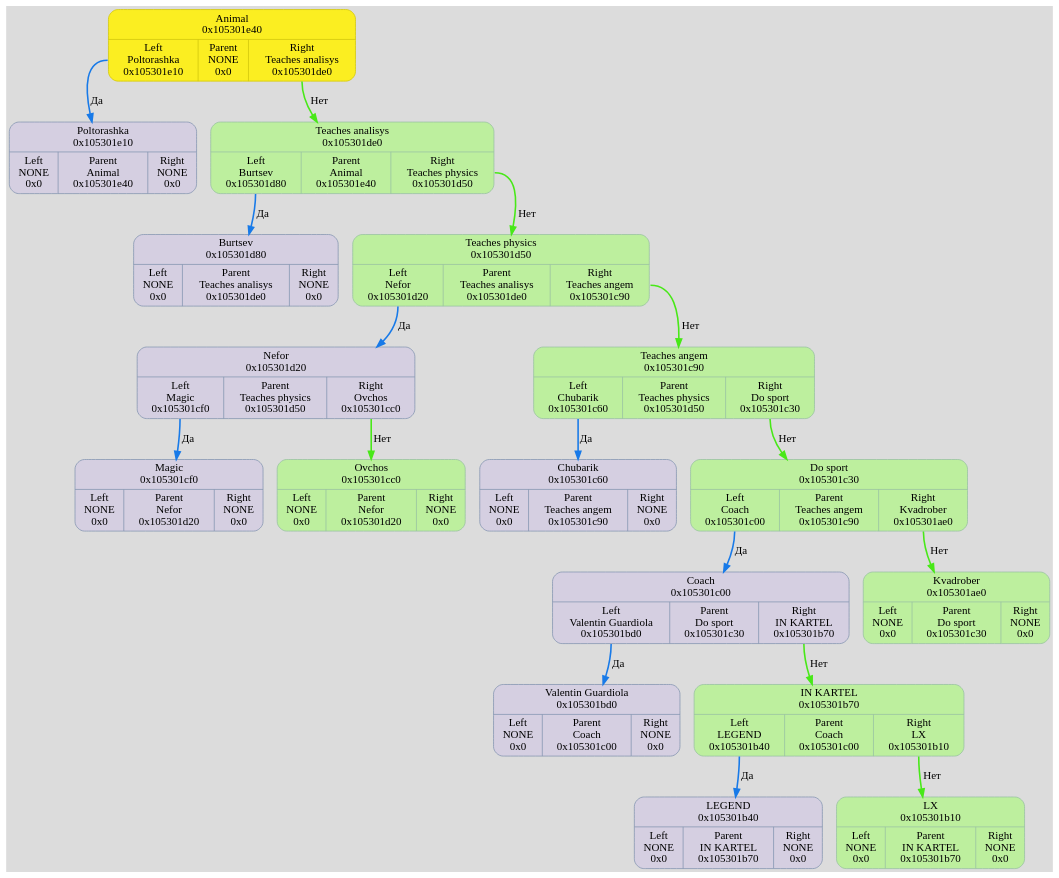
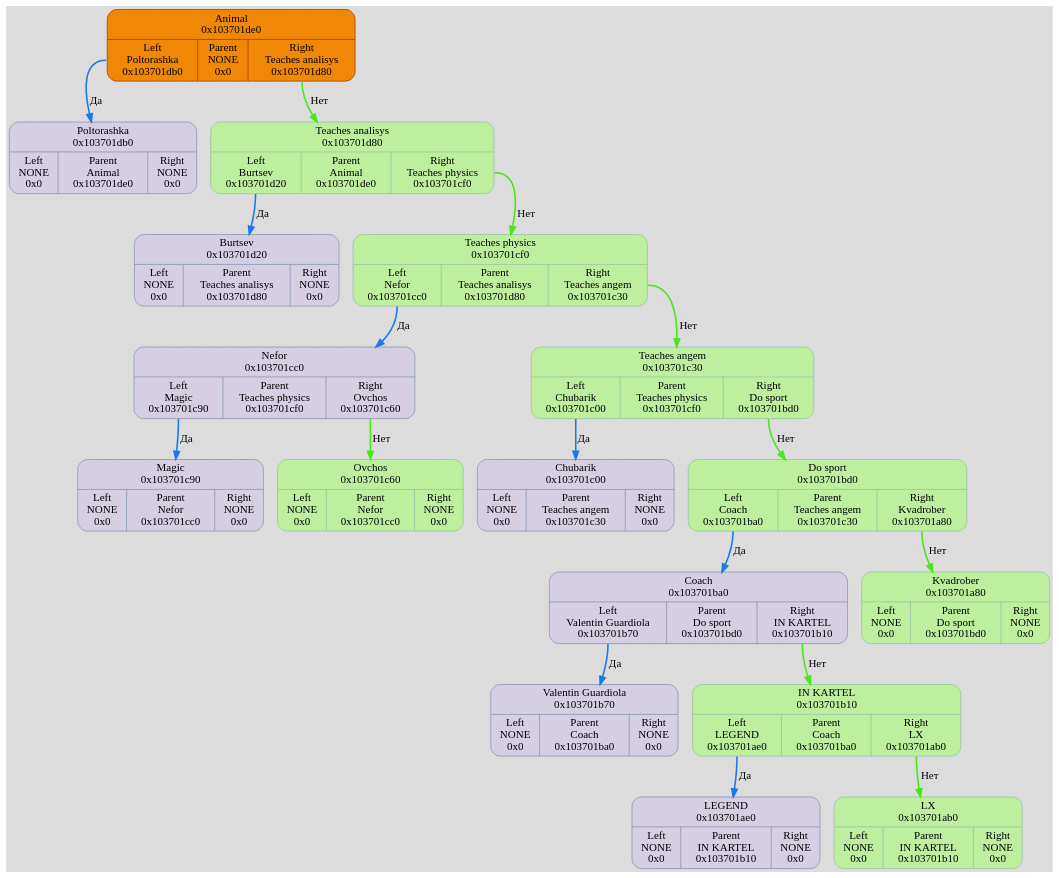
One commit to TolikRogov/Akinator changed the diagram in dump/graph.dot. Above: the diagram before and after it, drawn with Graphviz. The commit also changed 31 other files, not shown here.

```diff
--- a/dump/graph.dot
+++ b/dump/graph.dot
@@ -2,45 +2,62 @@
 	fontname = "UbuntuMono";
 	bgcolor = "#DCDCDC";
 
-	node0x105301e40 [ shape = Mrecord; style = filled; fillcolor = "#FBEE21"; color = "#D3C70D"; fontcolor = "#000000";label = " { Animal\n0x105301e40 | { <left> Left\nPoltorashka\n0x105301e10 | Parent\nNONE\n0x0 | <right> Right\nTeaches analisys\n0x105301de0 } } ";  ];
-	node0x105301e40:<left> -> node0x105301e10 [ style = "bold"; color = "#187AE8"; label = "Да"; ];
-	node0x105301e10 [ shape = Mrecord; style = filled; fillcolor = "#D5CFE1"; color = "#8797b2"; fontcolor = "#000000";label = " { Poltorashka\n0x105301e10 | { <left> Left\nNONE\n0x0 | Parent\nAnimal\n0x105301e40 | <right> Right\nNONE\n0x0 } } ";  ];
-	node0x105301de0 [ shape = Mrecord; style = filled; fillcolor = "#D5CFE1"; color = "#8797b2"; fontcolor = "#000000";label = " { Teaches analisys\n0x105301de0 | { <left> Left\nBurtsev\n0x105301d80 | Parent\nAnimal\n0x105301e40 | <right> Right\nTeaches physics\n0x105301d50 } } ";  ];
-	node0x105301de0:<left> -> node0x105301d80 [ style = "bold"; color = "#187AE8"; label = "Да"; ];
-	node0x105301d80 [ shape = Mrecord; style = filled; fillcolor = "#D5CFE1"; color = "#8797b2"; fontcolor = "#000000";label = " { Burtsev\n0x105301d80 | { <left> Left\nNONE\n0x0 | Parent\nTeaches analisys\n0x105301de0 | <right> Right\nNONE\n0x0 } } ";  ];
-	node0x105301d50 [ shape = Mrecord; style = filled; fillcolor = "#D5CFE1"; color = "#8797b2"; fontcolor = "#000000";label = " { Teaches physics\n0x105301d50 | { <left> Left\nNefor\n0x105301d20 | Parent\nTeaches analisys\n0x105301de0 | <right> Right\nTeaches angem\n0x105301c90 } } ";  ];
-	node0x105301d50:<left> -> node0x105301d20 [ style = "bold"; color = "#187AE8"; label = "Да"; ];
-	node0x105301d20 [ shape = Mrecord; style = filled; fillcolor = "#D5CFE1"; color = "#8797b2"; fontcolor = "#000000";label = " { Nefor\n0x105301d20 | { <left> Left\nMagic\n0x105301cf0 | Parent\nTeaches physics\n0x105301d50 | <right> Right\nOvchos\n0x105301cc0 } } ";  ];
-	node0x105301d20:<left> -> node0x105301cf0 [ style = "bold"; color = "#187AE8"; label = "Да"; ];
-	node0x105301cf0 [ shape = Mrecord; style = filled; fillcolor = "#D5CFE1"; color = "#8797b2"; fontcolor = "#000000";label = " { Magic\n0x105301cf0 | { <left> Left\nNONE\n0x0 | Parent\nNefor\n0x105301d20 | <right> Right\nNONE\n0x0 } } ";  ];
-	node0x105301cc0 [ shape = Mrecord; style = filled; fillcolor = "#D5CFE1"; color = "#8797b2"; fontcolor = "#000000";label = " { Ovchos\n0x105301cc0 | { <left> Left\nNONE\n0x0 | Parent\nNefor\n0x105301d20 | <right> Right\nNONE\n0x0 } } ";  ];
-	node0x105301d20:<right> -> node0x105301cc0 [ style = "bold"; color = "#48E818"; label = "Нет"; ];
-	node0x105301cc0 [ fillcolor = "#BDEF9E"; color = "#99c2a2"; fontcolor = "#000000"; ];
-	node0x105301c90 [ shape = Mrecord; style = filled; fillcolor = "#D5CFE1"; color = "#8797b2"; fontcolor = "#000000";label = " { Teaches angem\n0x105301c90 | { <left> Left\nChubarik\n0x105301c60 | Parent\nTeaches physics\n0x105301d50 | <right> Right\nDo sport\n0x105301c30 } } ";  ];
-	node0x105301c90:<left> -> node0x105301c60 [ style = "bold"; color = "#187AE8"; label = "Да"; ];
-	node0x105301c60 [ shape = Mrecord; style = filled; fillcolor = "#D5CFE1"; color = "#8797b2"; fontcolor = "#000000";label = " { Chubarik\n0x105301c60 | { <left> Left\nNONE\n0x0 | Parent\nTeaches angem\n0x105301c90 | <right> Right\nNONE\n0x0 } } ";  ];
-	node0x105301c30 [ shape = Mrecord; style = filled; fillcolor = "#D5CFE1"; color = "#8797b2"; fontcolor = "#000000";label = " { Do sport\n0x105301c30 | { <left> Left\nCoach\n0x105301c00 | Parent\nTeaches angem\n0x105301c90 | <right> Right\nKvadrober\n0x105301ae0 } } ";  ];
-	node0x105301c30:<left> -> node0x105301c00 [ style = "bold"; color = "#187AE8"; label = "Да"; ];
-	node0x105301c00 [ shape = Mrecord; style = filled; fillcolor = "#D5CFE1"; color = "#8797b2"; fontcolor = "#000000";label = " { Coach\n0x105301c00 | { <left> Left\nValentin Guardiola\n0x105301bd0 | Parent\nDo sport\n0x105301c30 | <right> Right\nIN KARTEL\n0x105301b70 } } ";  ];
-	node0x105301c00:<left> -> node0x105301bd0 [ style = "bold"; color = "#187AE8"; label = "Да"; ];
-	node0x105301bd0 [ shape = Mrecord; style = filled; fillcolor = "#D5CFE1"; color = "#8797b2"; fontcolor = "#000000";label = " { Valentin Guardiola\n0x105301bd0 | { <left> Left\nNONE\n0x0 | Parent\nCoach\n0x105301c00 | <right> Right\nNONE\n0x0 } } ";  ];
-	node0x105301b70 [ shape = Mrecord; style = filled; fillcolor = "#D5CFE1"; color = "#8797b2"; fontcolor = "#000000";label = " { IN KARTEL\n0x105301b70 | { <left> Left\nLEGEND\n0x105301b40 | Parent\nCoach\n0x105301c00 | <right> Right\nLX\n0x105301b10 } } ";  ];
-	node0x105301b70:<left> -> node0x105301b40 [ style = "bold"; color = "#187AE8"; label = "Да"; ];
-	node0x105301b40 [ shape = Mrecord; style = filled; fillcolor = "#D5CFE1"; color = "#8797b2"; fontcolor = "#000000";label = " { LEGEND\n0x105301b40 | { <left> Left\nNONE\n0x0 | Parent\nIN KARTEL\n0x105301b70 | <right> Right\nNONE\n0x0 } } ";  ];
-	node0x105301b10 [ shape = Mrecord; style = filled; fillcolor = "#D5CFE1"; color = "#8797b2"; fontcolor = "#000000";label = " { LX\n0x105301b10 | { <left> Left\nNONE\n0x0 | Parent\nIN KARTEL\n0x105301b70 | <right> Right\nNONE\n0x0 } } ";  ];
-	node0x105301b70:<right> -> node0x105301b10 [ style = "bold"; color = "#48E818"; label = "Нет"; ];
-	node0x105301b10 [ fillcolor = "#BDEF9E"; color = "#99c2a2"; fontcolor = "#000000"; ];
-	node0x105301c00:<right> -> node0x105301b70 [ style = "bold"; color = "#48E818"; label = "Нет"; ];
-	node0x105301b70 [ fillcolor = "#BDEF9E"; color = "#99c2a2"; fontcolor = "#000000"; ];
-	node0x105301ae0 [ shape = Mrecord; style = filled; fillcolor = "#D5CFE1"; color = "#8797b2"; fontcolor = "#000000";label = " { Kvadrober\n0x105301ae0 | { <left> Left\nNONE\n0x0 | Parent\nDo sport\n0x105301c30 | <right> Right\nNONE\n0x0 } } ";  ];
-	node0x105301c30:<right> -> node0x105301ae0 [ style = "bold"; color = "#48E818"; label = "Нет"; ];
-	node0x105301ae0 [ fillcolor = "#BDEF9E"; color = "#99c2a2"; fontcolor = "#000000"; ];
-	node0x105301c90:<right> -> node0x105301c30 [ style = "bold"; color = "#48E818"; label = "Нет"; ];
-	node0x105301c30 [ fillcolor = "#BDEF9E"; color = "#99c2a2"; fontcolor = "#000000"; ];
-	node0x105301d50:<right> -> node0x105301c90 [ style = "bold"; color = "#48E818"; label = "Нет"; ];
-	node0x105301c90 [ fillcolor = "#BDEF9E"; color = "#99c2a2"; fontcolor = "#000000"; ];
-	node0x105301de0:<right> -> node0x105301d50 [ style = "bold"; color = "#48E818"; label = "Нет"; ];
-	node0x105301d50 [ fillcolor = "#BDEF9E"; color = "#99c2a2"; fontcolor = "#000000"; ];
-	node0x105301e40:<right> -> node0x105301de0 [ style = "bold"; color = "#48E818"; label = "Нет"; ];
-	node0x105301de0 [ fillcolor = "#BDEF9E"; color = "#99c2a2"; fontcolor = "#000000"; ];
+	node0x103701de0 [ shape = Mrecord; style = filled; fillcolor = "#FBEE21"; color = "#D3C70D"; fontcolor = "#000000";label = " { Animal\n0x103701de0 | { <left> Left\nPoltorashka\n0x103701db0 | Parent\nNONE\n0x0 | <right> Right\nTeaches analisys\n0x103701d80 } } ";  ];
+	node0x103701de0:<left> -> node0x103701db0 [ style = "bold"; color = "#187AE8"; label = "Да"; ];
+	node0x103701db0 [ shape = Mrecord; style = filled; fillcolor = "#D5CFE1"; color = "#8797b2"; fontcolor = "#000000";label = " { Poltorashka\n0x103701db0 | { <left> Left\nNONE\n0x0 | Parent\nAnimal\n0x103701de0 | <right> Right\nNONE\n0x0 } } ";  ];
+	node0x103701de0 [ fillcolor = "#F18805"; color = "#AF3800"; fontcolor = "#000000"; ];
+	node0x103701d80 [ shape = Mrecord; style = filled; fillcolor = "#D5CFE1"; color = "#8797b2"; fontcolor = "#000000";label = " { Teaches analisys\n0x103701d80 | { <left> Left\nBurtsev\n0x103701d20 | Parent\nAnimal\n0x103701de0 | <right> Right\nTeaches physics\n0x103701cf0 } } ";  ];
+	node0x103701d80:<left> -> node0x103701d20 [ style = "bold"; color = "#187AE8"; label = "Да"; ];
+	node0x103701d20 [ shape = Mrecord; style = filled; fillcolor = "#D5CFE1"; color = "#8797b2"; fontcolor = "#000000";label = " { Burtsev\n0x103701d20 | { <left> Left\nNONE\n0x0 | Parent\nTeaches analisys\n0x103701d80 | <right> Right\nNONE\n0x0 } } ";  ];
+	node0x103701de0 [ fillcolor = "#F18805"; color = "#AF3800"; fontcolor = "#000000"; ];
+	node0x103701cf0 [ shape = Mrecord; style = filled; fillcolor = "#D5CFE1"; color = "#8797b2"; fontcolor = "#000000";label = " { Teaches physics\n0x103701cf0 | { <left> Left\nNefor\n0x103701cc0 | Parent\nTeaches analisys\n0x103701d80 | <right> Right\nTeaches angem\n0x103701c30 } } ";  ];
+	node0x103701cf0:<left> -> node0x103701cc0 [ style = "bold"; color = "#187AE8"; label = "Да"; ];
+	node0x103701cc0 [ shape = Mrecord; style = filled; fillcolor = "#D5CFE1"; color = "#8797b2"; fontcolor = "#000000";label = " { Nefor\n0x103701cc0 | { <left> Left\nMagic\n0x103701c90 | Parent\nTeaches physics\n0x103701cf0 | <right> Right\nOvchos\n0x103701c60 } } ";  ];
+	node0x103701cc0:<left> -> node0x103701c90 [ style = "bold"; color = "#187AE8"; label = "Да"; ];
+	node0x103701c90 [ shape = Mrecord; style = filled; fillcolor = "#D5CFE1"; color = "#8797b2"; fontcolor = "#000000";label = " { Magic\n0x103701c90 | { <left> Left\nNONE\n0x0 | Parent\nNefor\n0x103701cc0 | <right> Right\nNONE\n0x0 } } ";  ];
+	node0x103701de0 [ fillcolor = "#F18805"; color = "#AF3800"; fontcolor = "#000000"; ];
+	node0x103701c60 [ shape = Mrecord; style = filled; fillcolor = "#D5CFE1"; color = "#8797b2"; fontcolor = "#000000";label = " { Ovchos\n0x103701c60 | { <left> Left\nNONE\n0x0 | Parent\nNefor\n0x103701cc0 | <right> Right\nNONE\n0x0 } } ";  ];
+	node0x103701de0 [ fillcolor = "#F18805"; color = "#AF3800"; fontcolor = "#000000"; ];
+	node0x103701cc0:<right> -> node0x103701c60 [ style = "bold"; color = "#48E818"; label = "Нет"; ];
+	node0x103701c60 [ fillcolor = "#BDEF9E"; color = "#99c2a2"; fontcolor = "#000000"; ];
+	node0x103701de0 [ fillcolor = "#F18805"; color = "#AF3800"; fontcolor = "#000000"; ];
+	node0x103701c30 [ shape = Mrecord; style = filled; fillcolor = "#D5CFE1"; color = "#8797b2"; fontcolor = "#000000";label = " { Teaches angem\n0x103701c30 | { <left> Left\nChubarik\n0x103701c00 | Parent\nTeaches physics\n0x103701cf0 | <right> Right\nDo sport\n0x103701bd0 } } ";  ];
+	node0x103701c30:<left> -> node0x103701c00 [ style = "bold"; color = "#187AE8"; label = "Да"; ];
+	node0x103701c00 [ shape = Mrecord; style = filled; fillcolor = "#D5CFE1"; color = "#8797b2"; fontcolor = "#000000";label = " { Chubarik\n0x103701c00 | { <left> Left\nNONE\n0x0 | Parent\nTeaches angem\n0x103701c30 | <right> Right\nNONE\n0x0 } } ";  ];
+	node0x103701de0 [ fillcolor = "#F18805"; color = "#AF3800"; fontcolor = "#000000"; ];
+	node0x103701bd0 [ shape = Mrecord; style = filled; fillcolor = "#D5CFE1"; color = "#8797b2"; fontcolor = "#000000";label = " { Do sport\n0x103701bd0 | { <left> Left\nCoach\n0x103701ba0 | Parent\nTeaches angem\n0x103701c30 | <right> Right\nKvadrober\n0x103701a80 } } ";  ];
+	node0x103701bd0:<left> -> node0x103701ba0 [ style = "bold"; color = "#187AE8"; label = "Да"; ];
+	node0x103701ba0 [ shape = Mrecord; style = filled; fillcolor = "#D5CFE1"; color = "#8797b2"; fontcolor = "#000000";label = " { Coach\n0x103701ba0 | { <left> Left\nValentin Guardiola\n0x103701b70 | Parent\nDo sport\n0x103701bd0 | <right> Right\nIN KARTEL\n0x103701b10 } } ";  ];
+	node0x103701ba0:<left> -> node0x103701b70 [ style = "bold"; color = "#187AE8"; label = "Да"; ];
+	node0x103701b70 [ shape = Mrecord; style = filled; fillcolor = "#D5CFE1"; color = "#8797b2"; fontcolor = "#000000";label = " { Valentin Guardiola\n0x103701b70 | { <left> Left\nNONE\n0x0 | Parent\nCoach\n0x103701ba0 | <right> Right\nNONE\n0x0 } } ";  ];
+	node0x103701de0 [ fillcolor = "#F18805"; color = "#AF3800"; fontcolor = "#000000"; ];
+	node0x103701b10 [ shape = Mrecord; style = filled; fillcolor = "#D5CFE1"; color = "#8797b2"; fontcolor = "#000000";label = " { IN KARTEL\n0x103701b10 | { <left> Left\nLEGEND\n0x103701ae0 | Parent\nCoach\n0x103701ba0 | <right> Right\nLX\n0x103701ab0 } } ";  ];
+	node0x103701b10:<left> -> node0x103701ae0 [ style = "bold"; color = "#187AE8"; label = "Да"; ];
+	node0x103701ae0 [ shape = Mrecord; style = filled; fillcolor = "#D5CFE1"; color = "#8797b2"; fontcolor = "#000000";label = " { LEGEND\n0x103701ae0 | { <left> Left\nNONE\n0x0 | Parent\nIN KARTEL\n0x103701b10 | <right> Right\nNONE\n0x0 } } ";  ];
+	node0x103701de0 [ fillcolor = "#F18805"; color = "#AF3800"; fontcolor = "#000000"; ];
+	node0x103701ab0 [ shape = Mrecord; style = filled; fillcolor = "#D5CFE1"; color = "#8797b2"; fontcolor = "#000000";label = " { LX\n0x103701ab0 | { <left> Left\nNONE\n0x0 | Parent\nIN KARTEL\n0x103701b10 | <right> Right\nNONE\n0x0 } } ";  ];
+	node0x103701de0 [ fillcolor = "#F18805"; color = "#AF3800"; fontcolor = "#000000"; ];
+	node0x103701b10:<right> -> node0x103701ab0 [ style = "bold"; color = "#48E818"; label = "Нет"; ];
+	node0x103701ab0 [ fillcolor = "#BDEF9E"; color = "#99c2a2"; fontcolor = "#000000"; ];
+	node0x103701de0 [ fillcolor = "#F18805"; color = "#AF3800"; fontcolor = "#000000"; ];
+	node0x103701ba0:<right> -> node0x103701b10 [ style = "bold"; color = "#48E818"; label = "Нет"; ];
+	node0x103701b10 [ fillcolor = "#BDEF9E"; color = "#99c2a2"; fontcolor = "#000000"; ];
+	node0x103701de0 [ fillcolor = "#F18805"; color = "#AF3800"; fontcolor = "#000000"; ];
+	node0x103701a80 [ shape = Mrecord; style = filled; fillcolor = "#D5CFE1"; color = "#8797b2"; fontcolor = "#000000";label = " { Kvadrober\n0x103701a80 | { <left> Left\nNONE\n0x0 | Parent\nDo sport\n0x103701bd0 | <right> Right\nNONE\n0x0 } } ";  ];
+	node0x103701de0 [ fillcolor = "#F18805"; color = "#AF3800"; fontcolor = "#000000"; ];
+	node0x103701bd0:<right> -> node0x103701a80 [ style = "bold"; color = "#48E818"; label = "Нет"; ];
+	node0x103701a80 [ fillcolor = "#BDEF9E"; color = "#99c2a2"; fontcolor = "#000000"; ];
+	node0x103701de0 [ fillcolor = "#F18805"; color = "#AF3800"; fontcolor = "#000000"; ];
+	node0x103701c30:<right> -> node0x103701bd0 [ style = "bold"; color = "#48E818"; label = "Нет"; ];
+	node0x103701bd0 [ fillcolor = "#BDEF9E"; color = "#99c2a2"; fontcolor = "#000000"; ];
+	node0x103701de0 [ fillcolor = "#F18805"; color = "#AF3800"; fontcolor = "#000000"; ];
+	node0x103701cf0:<right> -> node0x103701c30 [ style = "bold"; color = "#48E818"; label = "Нет"; ];
+	node0x103701c30 [ fillcolor = "#BDEF9E"; color = "#99c2a2"; fontcolor = "#000000"; ];
+	node0x103701de0 [ fillcolor = "#F18805"; color = "#AF3800"; fontcolor = "#000000"; ];
+	node0x103701d80:<right> -> node0x103701cf0 [ style = "bold"; color = "#48E818"; label = "Нет"; ];
+	node0x103701cf0 [ fillcolor = "#BDEF9E"; color = "#99c2a2"; fontcolor = "#000000"; ];
+	node0x103701de0 [ fillcolor = "#F18805"; color = "#AF3800"; fontcolor = "#000000"; ];
+	node0x103701de0:<right> -> node0x103701d80 [ style = "bold"; color = "#48E818"; label = "Нет"; ];
+	node0x103701d80 [ fillcolor = "#BDEF9E"; color = "#99c2a2"; fontcolor = "#000000"; ];
+	node0x103701de0 [ fillcolor = "#F18805"; color = "#AF3800"; fontcolor = "#000000"; ];
 }
```
